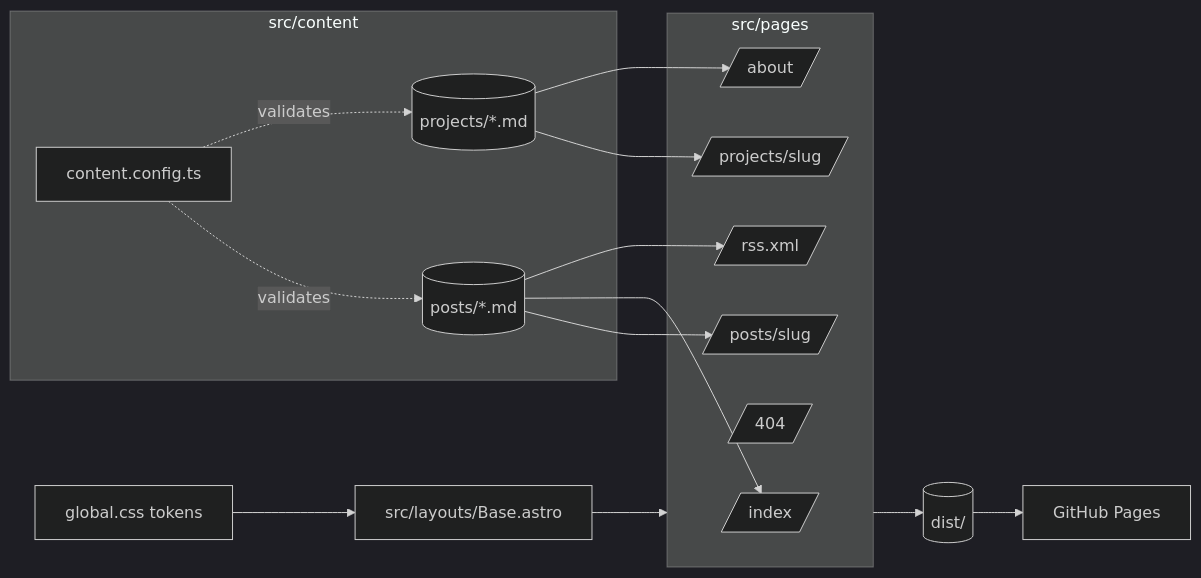
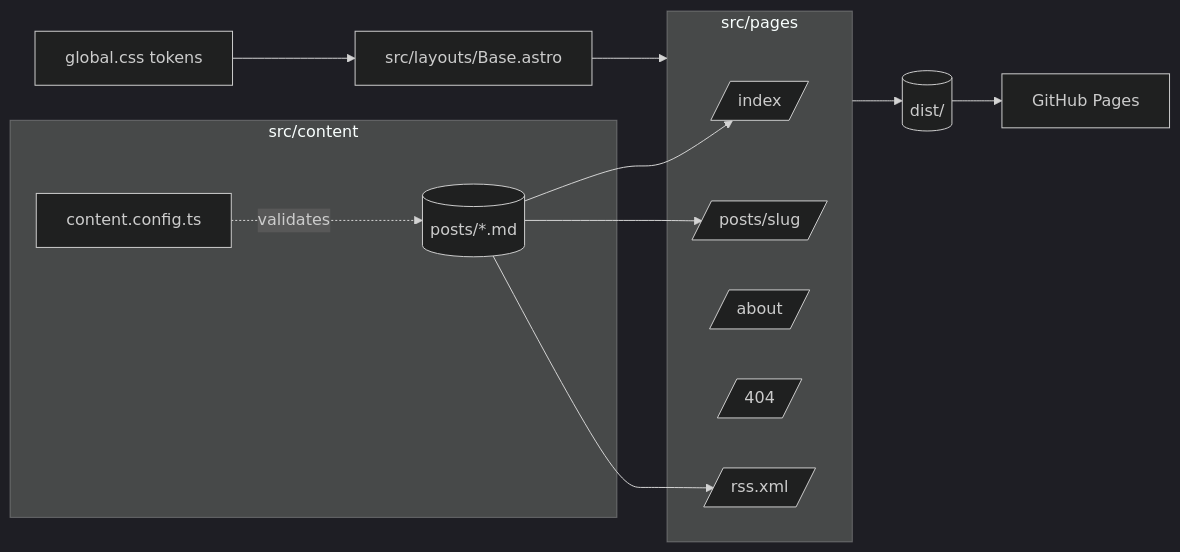
The diagram in docs/architecture.md (jicata/sgg-blog), drawn with Mermaid (dark theme) before and after one commit. The commit also changed other lines of this file and 8 other files, not shown here.

First line of the commit message:
Hide Projects surface, trim About, link the public skills library (#23)

````diff
--- a/docs/architecture.md
+++ b/docs/architecture.md
@@ -13,24 +13,21 @@
 ```mermaid
 graph LR
   subgraph content [src/content]
     posts[(posts/*.md)]
-    projects[(projects/*.md)]
     schema[content.config.ts]
   end
   subgraph pages [src/pages]
     home[/index/]
     post[/posts/slug/]
-    proj[/projects/slug/]
     about[/about/]
     nf[/404/]
     rss[/rss.xml/]
   end
   layout[src/layouts/Base.astro]
   tokens[global.css tokens]
   posts --> post & home & rss
-  projects --> proj & about
-  schema -.validates.-> posts & projects
+  schema -.validates.-> posts
   layout --> pages
   tokens --> layout
   pages --> dist[(dist/)] --> pages_deploy[GitHub Pages]
 ```
````
